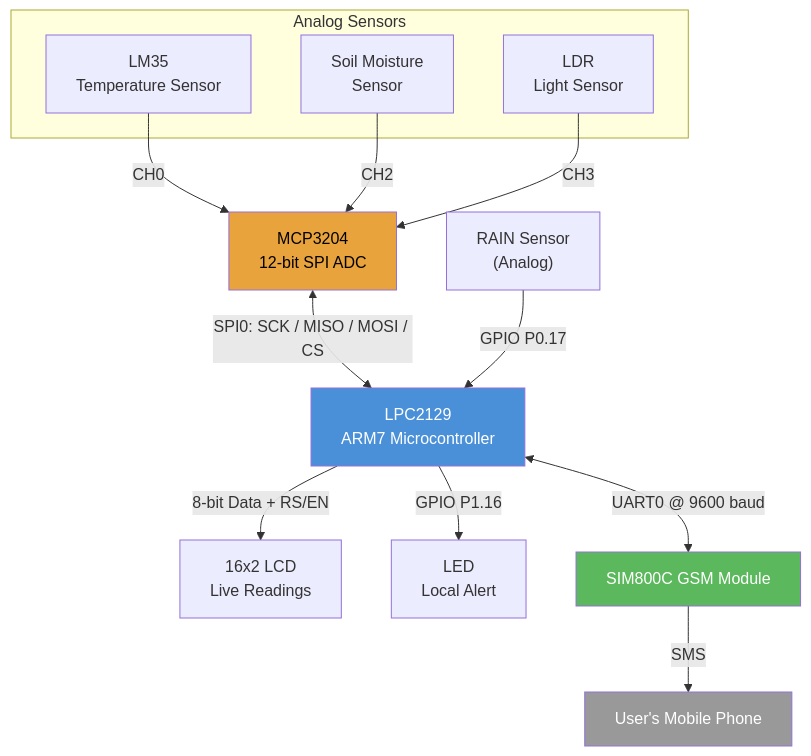
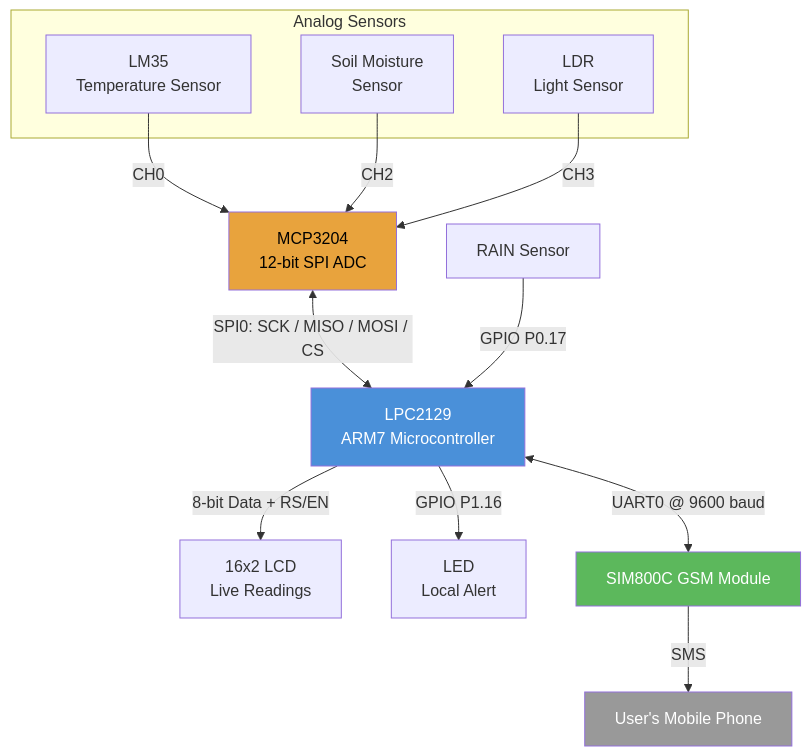
Before and after one commit to va092765/Real_time_weather_monitoring_system_SPI: the diagram in README.md, drawn with Mermaid.

Commit message:
Update RAIN Sensor label in README.md

````diff
--- a/README.md
+++ b/README.md
@@ -7,27 +7,27 @@
 ```mermaid
 flowchart TB
     subgraph Sensors["Analog Sensors"]
         LM35["LM35\nTemperature Sensor"]
         SOIL["Soil Moisture\nSensor"]
         LDR["LDR\nLight Sensor"]
     end
 
-    IR["RAIN Sensor\n(Analog)"]
+    IR["RAIN Sensor\n"]
 
     LM35 -->|CH0| ADC["MCP3204\n12-bit SPI ADC"]
     SOIL -->|CH2| ADC
     LDR -->|CH3| ADC
 
     ADC <-->|SPI0: SCK / MISO / MOSI / CS| MCU["LPC2129\nARM7 Microcontroller"]
     IR -->|GPIO P0.17| MCU
 
     MCU -->|8-bit Data + RS/EN| LCD["16x2 LCD\nLive Readings"]
     MCU -->|GPIO P1.16| ALERT["LED\nLocal Alert"]
     MCU <-->|UART0 @ 9600 baud| GSM["SIM800C GSM Module"]
     GSM -->|SMS| PHONE["User's Mobile Phone"]
 
     style MCU fill:#4a90d9,color:#fff
     style ADC fill:#e8a33d,color:#000
     style GSM fill:#5cb85c,color:#fff
     style PHONE fill:#999,color:#fff
 ```
````
